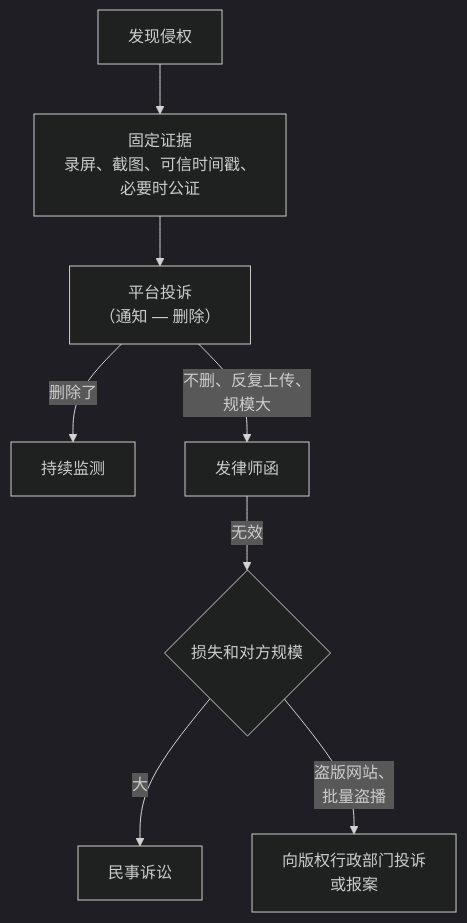
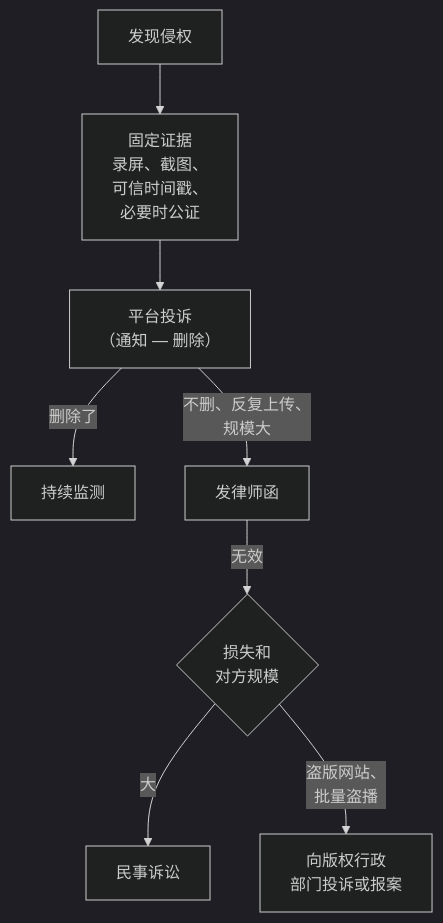
The third of 3 diagrams in books/drama-distribution/08-copyright.md (jarvis-pro/hatch-shelf), drawn with Mermaid (dark theme) before and after one commit. The commit also changed other lines of this file and 432 other files, not shown here.

````diff
--- a/books/drama-distribution/08-copyright.md
+++ b/books/drama-distribution/08-copyright.md
@@ -138,10 +141,10 @@
 ```mermaid
 flowchart TD
-  A["发现侵权"] --> B["固定证据<br/>录屏、截图、可信时间戳、<br/>必要时公证"]
+  A["发现侵权"] --> B["固定证据<br/>录屏、截图、<br/>可信时间戳、<br/>必要时公证"]
   B --> C["平台投诉<br/>（通知 — 删除）"]
   C -- "删除了" --> D["持续监测"]
   C -- "不删、反复上传、<br/>规模大" --> E["发律师函"]
-  E -- "无效" --> F{"损失和对方规模"}
+  E -- "无效" --> F{"损失和<br/>对方规模"}
   F -- "大" --> G["民事诉讼"]
-  F -- "盗版网站、<br/>批量盗播" --> H["向版权行政部门投诉<br/>或报案"]
+  F -- "盗版网站、<br/>批量盗播" --> H["向版权行政<br/>部门投诉或报案"]
 ```
````
